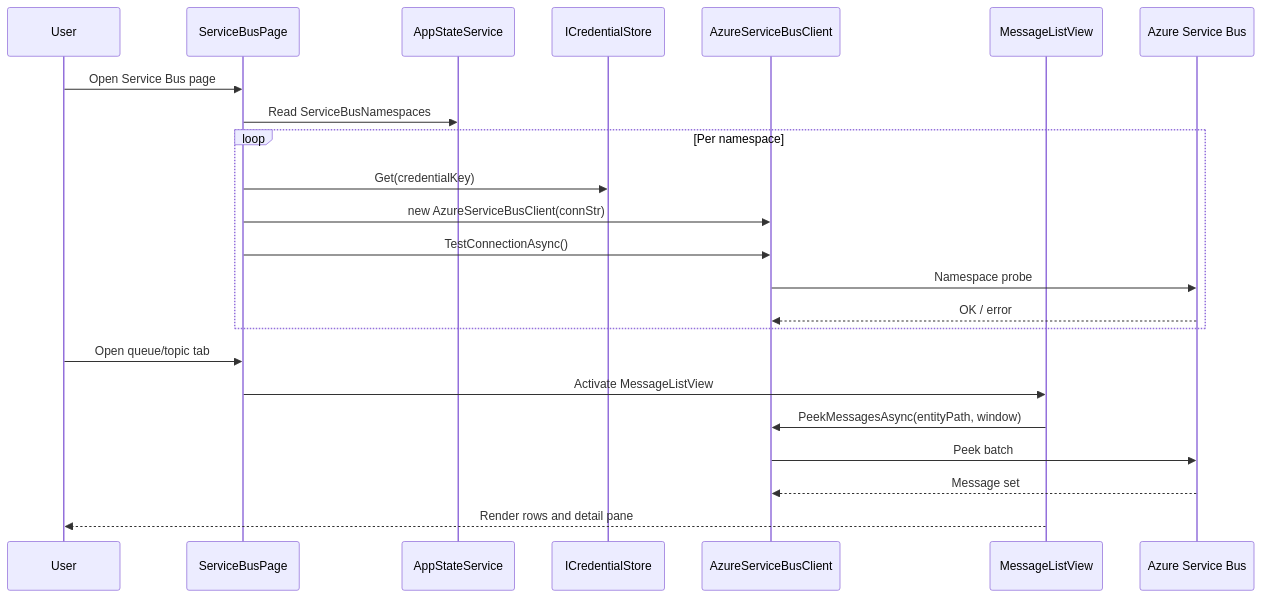
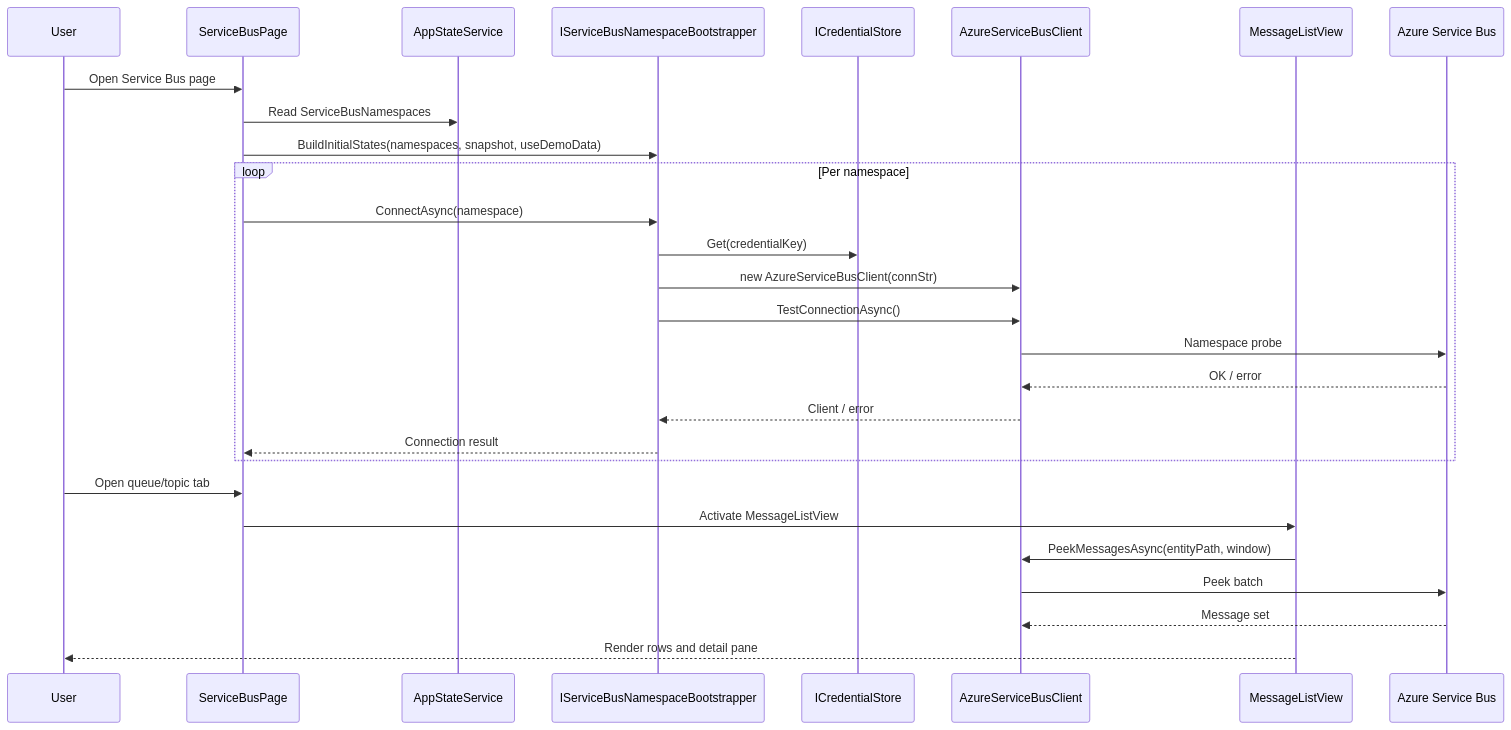
The second of 5 diagrams in docs/architecture/design.md (SWojtyla/SwebKit), drawn with Mermaid before and after one commit. The commit also changed other lines of this file and 65 other files, not shown here.

````diff
--- a/docs/architecture/design.md
+++ b/docs/architecture/design.md
@@ -65,26 +68,31 @@
 ```mermaid
 sequenceDiagram
     participant User
     participant Page as ServiceBusPage
     participant State as AppStateService
+    participant Bootstrap as IServiceBusNamespaceBootstrapper
     participant Secrets as ICredentialStore
     participant Client as AzureServiceBusClient
     participant List as MessageListView
     participant SB as Azure Service Bus
 
     User->>Page: Open Service Bus page
     Page->>State: Read ServiceBusNamespaces
+    Page->>Bootstrap: BuildInitialStates(namespaces, snapshot, useDemoData)
     loop Per namespace
-        Page->>Secrets: Get(credentialKey)
-        Page->>Client: new AzureServiceBusClient(connStr)
-        Page->>Client: TestConnectionAsync()
+        Page->>Bootstrap: ConnectAsync(namespace)
+        Bootstrap->>Secrets: Get(credentialKey)
+        Bootstrap->>Client: new AzureServiceBusClient(connStr)
+        Bootstrap->>Client: TestConnectionAsync()
         Client->>SB: Namespace probe
         SB-->>Client: OK / error
+        Client-->>Bootstrap: Client / error
+        Bootstrap-->>Page: Connection result
     end
     User->>Page: Open queue/topic tab
     Page->>List: Activate MessageListView
     List->>Client: PeekMessagesAsync(entityPath, window)
     Client->>SB: Peek batch
     SB-->>Client: Message set
     List-->>User: Render rows and detail pane
 ```
````
